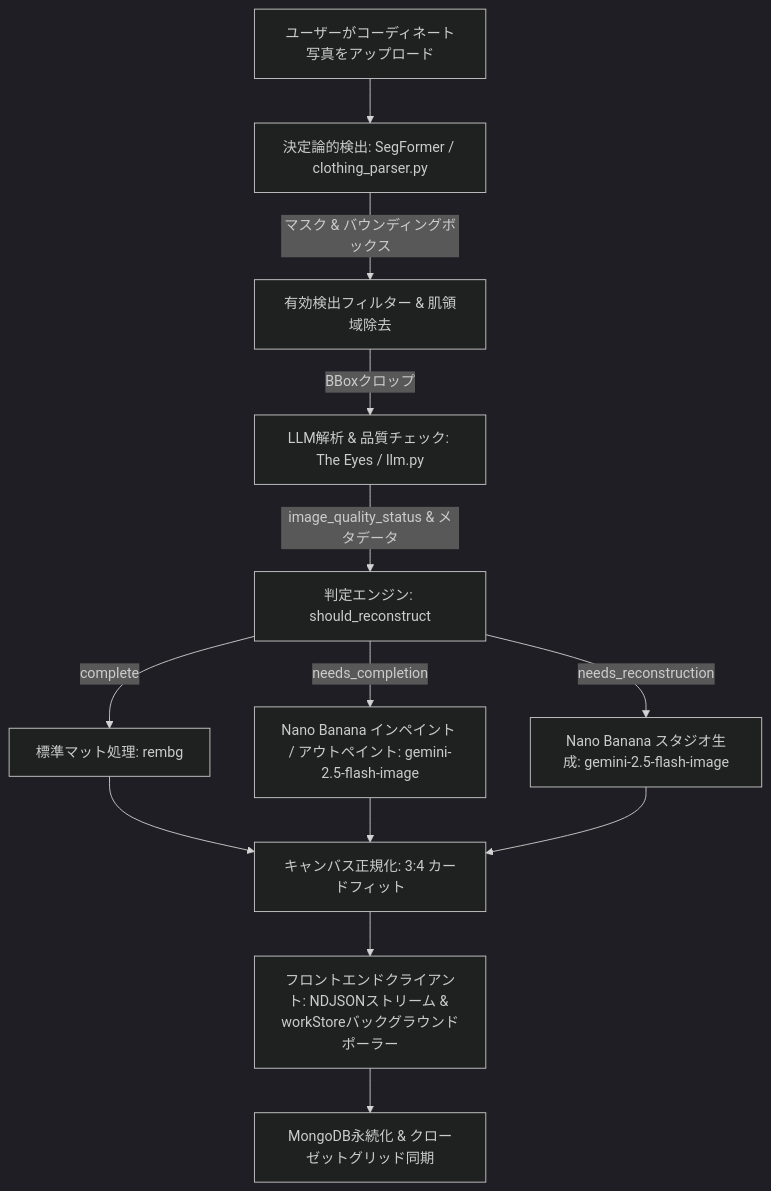
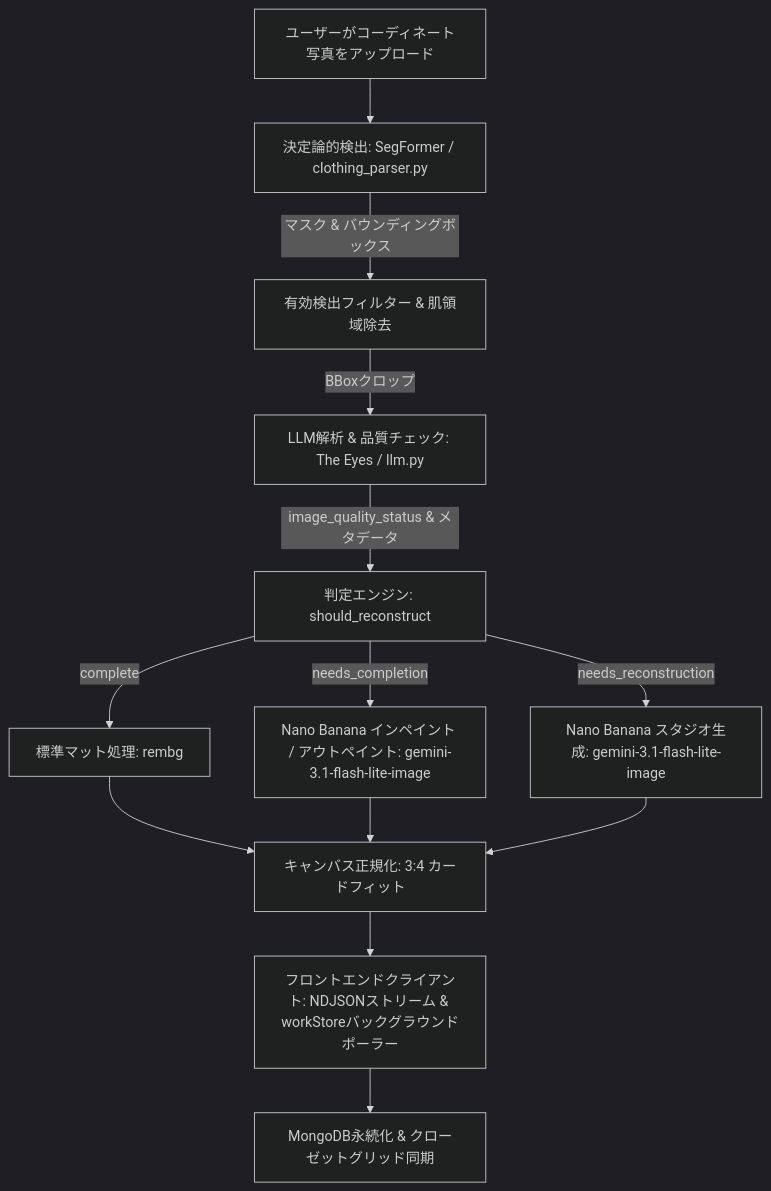
One commit to Yoram-Jacobs/DressAppV1 changed the diagram in wiki/ja/garmentvision.md. Above: the diagram before and after it, drawn with Mermaid (dark theme). The commit also changed other lines of this file and 66 other files, not shown here.

````diff
--- a/wiki/ja/garmentvision.md
+++ b/wiki/ja/garmentvision.md
@@ -18,17 +18,17 @@
 ```mermaid
 graph TD
     A[ユーザーがコーディネート写真をアップロード] --> B[決定論的検出: SegFormer / clothing_parser.py]
     B -->|マスク & バウンディングボックス| C[有効検出フィルター & 肌領域除去]
     C -->|BBoxクロップ| D[LLM解析 & 品質チェック: The Eyes / llm.py]
     D -->|image_quality_status & メタデータ| E[判定エンジン: should_reconstruct]
     
     E -->|complete| F[標準マット処理: rembg]
-    E -->|needs_completion| G[Nano Banana インペイント / アウトペイント: gemini-2.5-flash-image]
-    E -->|needs_reconstruction| H[Nano Banana スタジオ生成: gemini-2.5-flash-image]
+    E -->|needs_completion| G[Nano Banana インペイント / アウトペイント: gemini-3.1-flash-lite-image]
+    E -->|needs_reconstruction| H[Nano Banana スタジオ生成: gemini-3.1-flash-lite-image]
     
     F --> I[キャンバス正規化: 3:4 カードフィット]
     G --> I
     H --> I
     I --> J[フロントエンドクライアント: NDJSONストリーム & workStoreバックグラウンドポーラー]
     J --> K[MongoDB永続化 & クローゼットグリッド同期]
 ```
````
